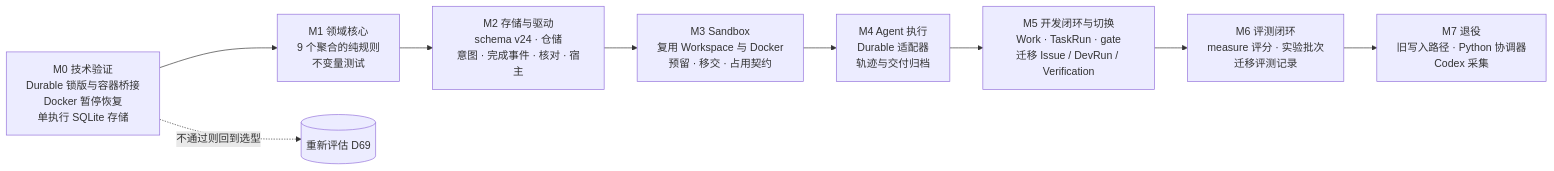
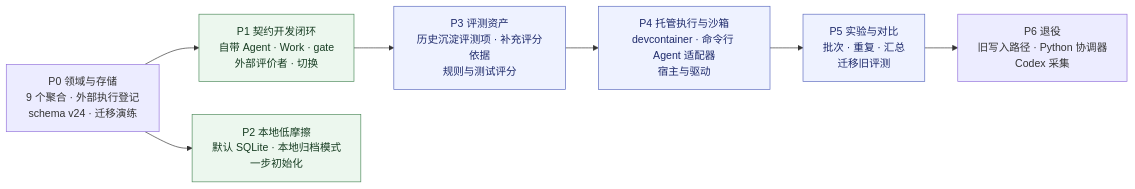
Before and after one commit to MaybeLL/Ground: the diagram in docs/assets/impl-milestones.mmd, drawn with Mermaid. The commit also changed 11 other files, not shown here.

```diff
--- a/docs/assets/impl-milestones.mmd
+++ b/docs/assets/impl-milestones.mmd
@@ -1,9 +1,11 @@
 flowchart LR
-  M0["M0 技术验证<br/>Durable 锁版与容器桥接<br/>Docker 暂停恢复<br/>单执行 SQLite 存储"] --> M1["M1 领域核心<br/>9 个聚合的纯规则<br/>不变量测试"]
-  M1 --> M2["M2 存储与驱动<br/>schema v24 · 仓储<br/>意图 · 完成事件 · 核对 · 宿主"]
-  M2 --> M3["M3 Sandbox<br/>复用 Workspace 与 Docker<br/>预留 · 移交 · 占用契约"]
-  M3 --> M4["M4 Agent 执行<br/>Durable 适配器<br/>轨迹与交付归档"]
-  M4 --> M5["M5 开发闭环与切换<br/>Work · TaskRun · gate<br/>迁移 Issue / DevRun / Verification"]
-  M5 --> M6["M6 评测闭环<br/>measure 评分 · 实验批次<br/>迁移评测记录"]
-  M6 --> M7["M7 退役<br/>旧写入路径 · Python 协调器<br/>Codex 采集"]
-  M0 -.->|不通过则回到选型| X[(重新评估 D69)]
+  P0["P0 领域与存储<br/>9 个聚合 · 外部执行登记<br/>schema v24 · 迁移演练"] --> P1["P1 契约开发闭环<br/>自带 Agent · Work · gate<br/>外部评价者 · 切换"]
+  P0 --> P2["P2 本地低摩擦<br/>默认 SQLite · 本地归档模式<br/>一步初始化"]
+  P1 --> P3["P3 评测资产<br/>历史沉淀评测项 · 补充评分依据<br/>规则与测试评分"]
+  P3 --> P4["P4 托管执行与沙箱<br/>devcontainer · 命令行 Agent 适配器<br/>宿主与驱动"]
+  P4 --> P5["P5 实验与对比<br/>批次 · 重复 · 汇总<br/>迁移旧评测"]
+  P5 --> P6["P6 退役<br/>旧写入路径 · Python 协调器<br/>Codex 采集"]
+  classDef v1 fill:#ecf7ee,stroke:#4c8a5a,color:#173d22;
+  classDef v2 fill:#eef2ff,stroke:#5b6abf,color:#1e2a6b;
+  class P1,P2 v1;
+  class P3,P4,P5 v2;
```
